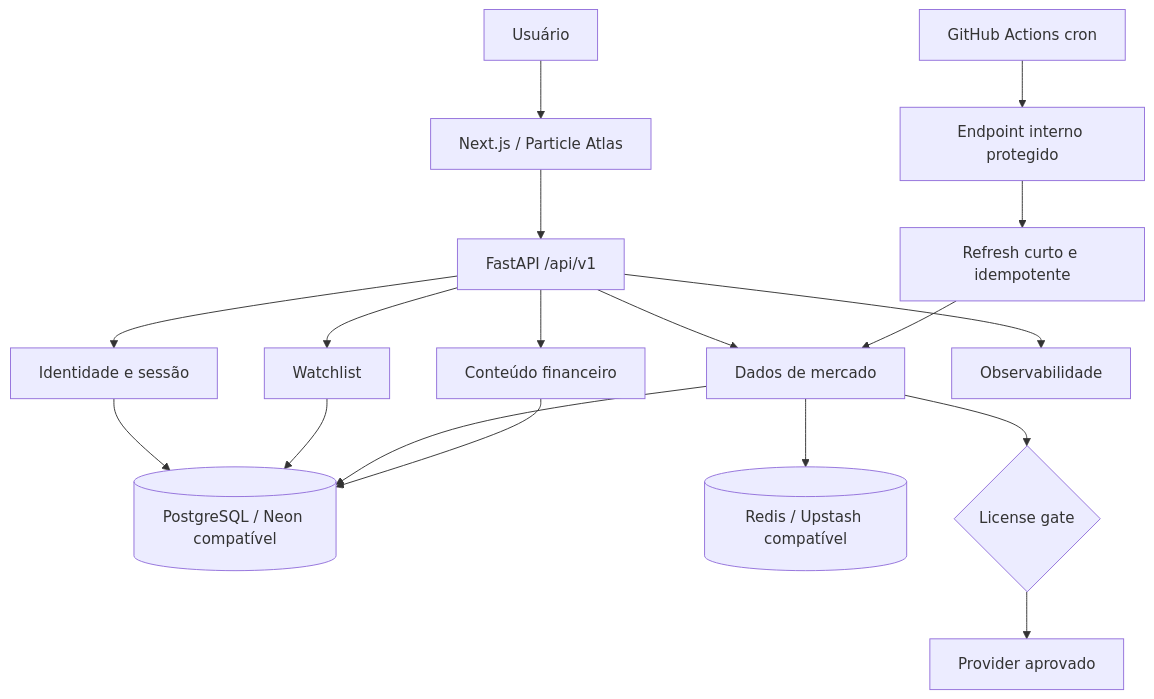
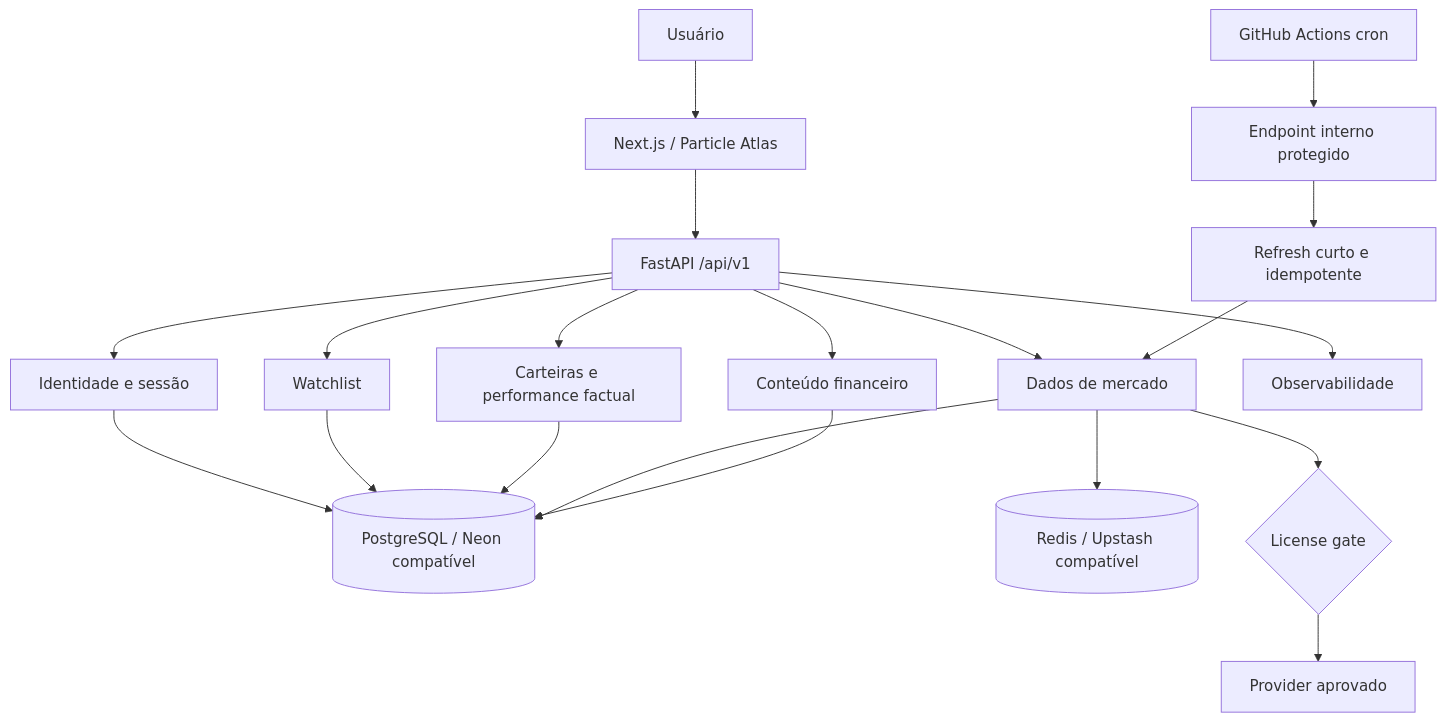
The diagram in docs/ARCHITECTURE.md (dinowei/market-pulse), drawn with Mermaid before and after one commit. The commit also changed other lines of this file and 12 other files, not shown here.

````diff
--- a/docs/ARCHITECTURE.md
+++ b/docs/ARCHITECTURE.md
@@ -43,20 +45,22 @@
 ```mermaid
 flowchart TD
     U[Usuário] --> WEB[Next.js / Particle Atlas]
     WEB --> API[FastAPI /api/v1]
     API --> ID[Identidade e sessão]
     API --> WL[Watchlist]
+    API --> PF[Carteiras e performance factual]
     API --> MD[Dados de mercado]
     API --> FC[Conteúdo financeiro]
     API --> OBS[Observabilidade]
     ID --> PG[(PostgreSQL / Neon compatível)]
     WL --> PG
+    PF --> PG
     MD --> PG
     FC --> PG
     MD --> RD[(Redis / Upstash compatível)]
     GHA[GitHub Actions cron] --> EP[Endpoint interno protegido]
     EP --> JOB[Refresh curto e idempotente]
     JOB --> MD
     MD --> LG{License gate}
     LG --> PR[Provider aprovado]
 ```
````
